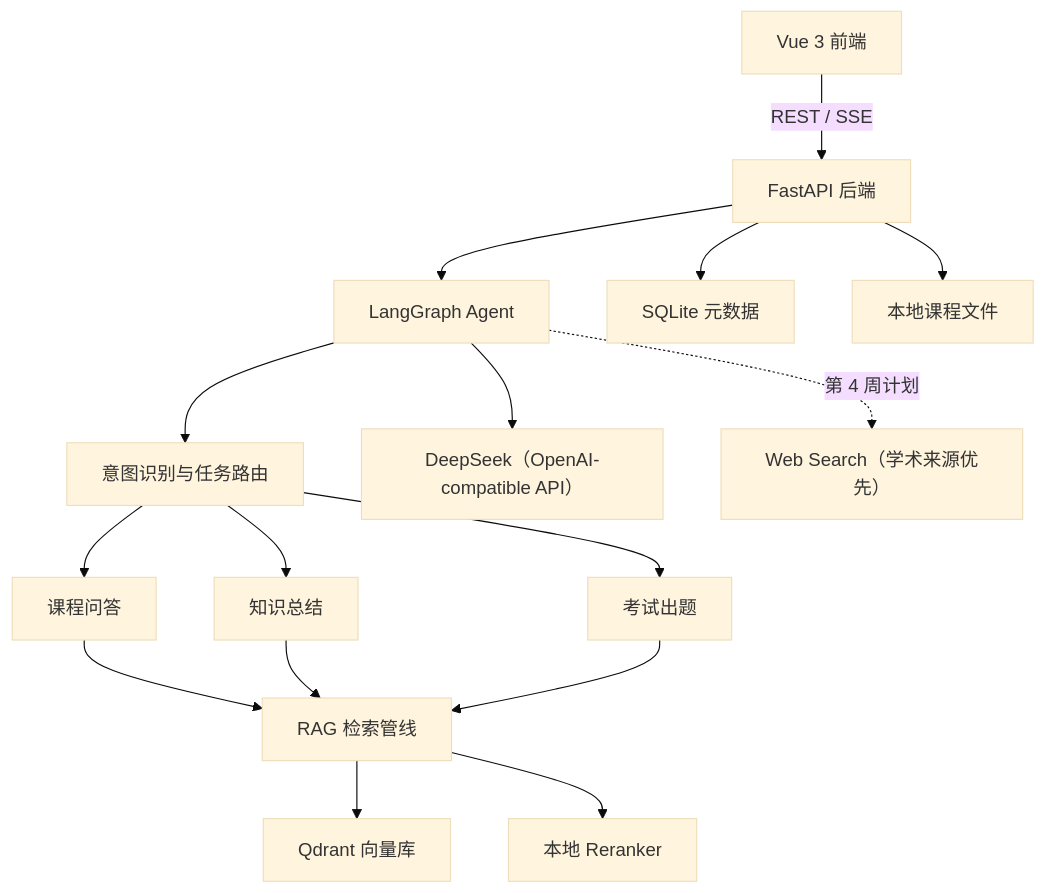
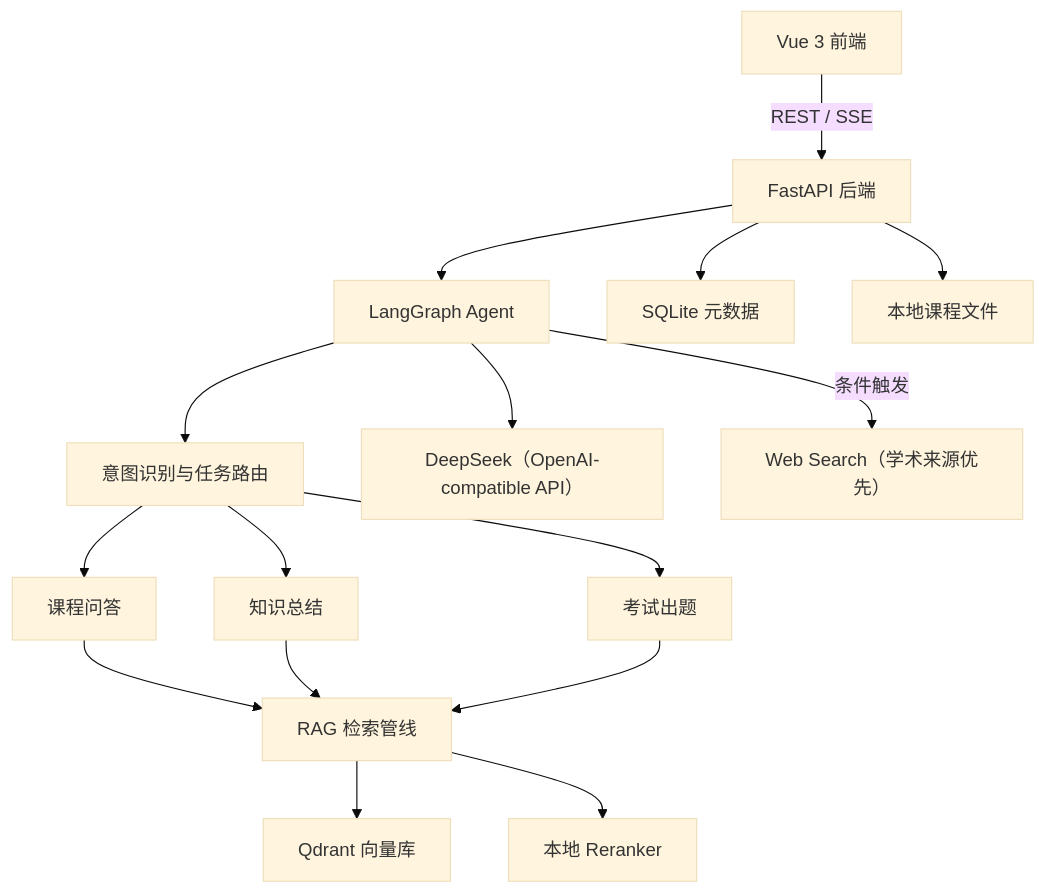
One commit to SevChu/RAG-Agent changed the diagram in README.md. Above: the diagram before and after it, drawn with Mermaid (base theme). The commit also changed other lines of this file and 19 other files, not shown here.

Commit message:
feat: add conditional mixed-source answer graph

````diff
--- a/README.md
+++ b/README.md
@@ -43,22 +43,22 @@
 ```mermaid
 flowchart TD
     UI["Vue 3 前端"] -->|"REST / SSE"| API["FastAPI 后端"]
     API --> AGENT["LangGraph Agent"]
 
     AGENT --> ROUTER["意图识别与任务路由"]
     ROUTER --> QA["课程问答"]
     ROUTER --> SUMMARY["知识总结"]
     ROUTER --> EXAM["考试出题"]
 
     QA --> RETRIEVAL["RAG 检索管线"]
     SUMMARY --> RETRIEVAL
     EXAM --> RETRIEVAL
 
     RETRIEVAL --> QDRANT["Qdrant 向量库"]
     RETRIEVAL --> RERANKER["本地 Reranker"]
     AGENT --> LLM["DeepSeek（OpenAI-compatible API）"]
-    AGENT -.->|"第 4 周计划"| WEB["Web Search（学术来源优先）"]
+    AGENT -->|"条件触发"| WEB["Web Search（学术来源优先）"]
 
     API --> SQLITE["SQLite 元数据"]
     API --> FILES["本地课程文件"]
 ```
````
